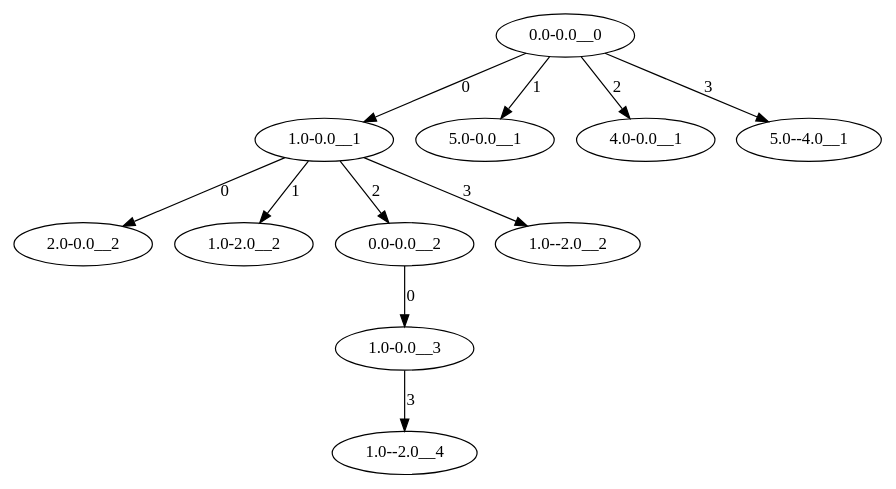
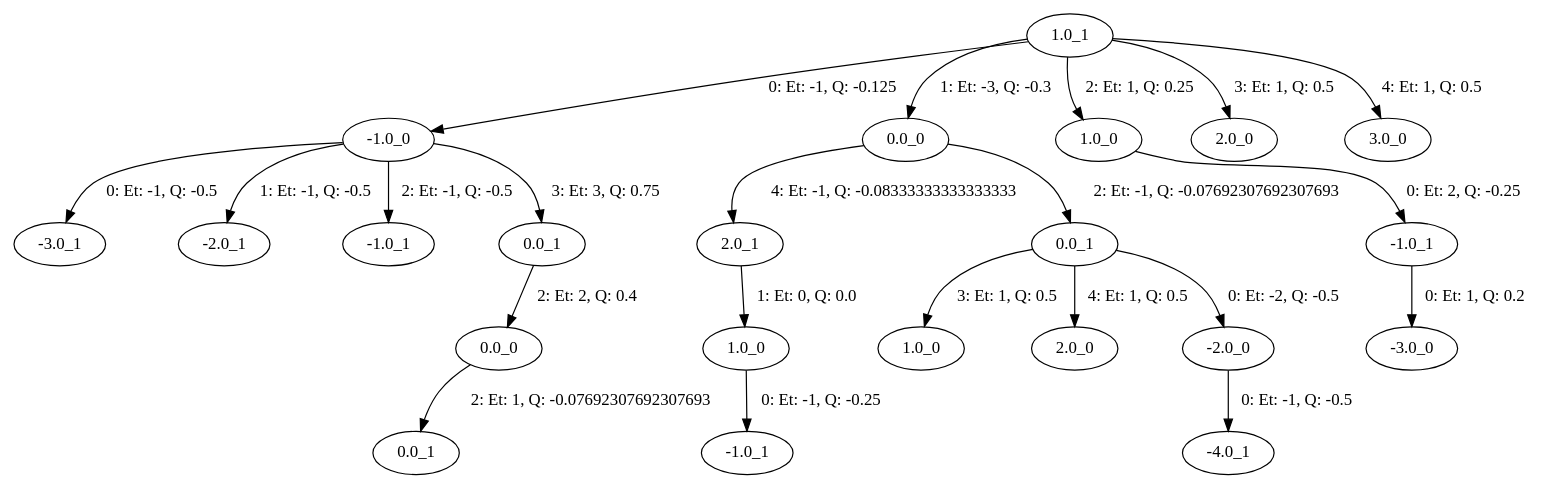
The diagram in images/search_tree.gv (Haavasma/IT3105_Project_2), drawn with Graphviz before and after one commit. The commit also changed 163 other files, not shown here.

```diff
--- a/images/search_tree.gv
+++ b/images/search_tree.gv
@@ -1,12 +1,45 @@
 digraph search_tree {
-	"0.0-0.0__0" -> "1.0-0.0__1" [label=0]
-	"1.0-0.0__1" -> "2.0-0.0__2" [label=0]
-	"1.0-0.0__1" -> "1.0-2.0__2" [label=1]
-	"1.0-0.0__1" -> "0.0-0.0__2" [label=2]
-	"0.0-0.0__2" -> "1.0-0.0__3" [label=0]
-	"1.0-0.0__3" -> "1.0--2.0__4" [label=3]
-	"1.0-0.0__1" -> "1.0--2.0__2" [label=3]
-	"0.0-0.0__0" -> "5.0-0.0__1" [label=1]
-	"0.0-0.0__0" -> "4.0-0.0__1" [label=2]
-	"0.0-0.0__0" -> "5.0--4.0__1" [label=3]
+	"" [label="1.0_1"]
+	"" -> 0.2906144734209406 [label="0: Et: -1, Q: -0.125"]
+	0.2906144734209406 [label="-1.0_0"]
+	0.2906144734209406 -> 0.06935699200153711 [label="0: Et: -1, Q: -0.5"]
+	0.06935699200153711 [label="-3.0_1"]
+	0.2906144734209406 -> 0.5032140886446285 [label="1: Et: -1, Q: -0.5"]
+	0.5032140886446285 [label="-2.0_1"]
+	0.2906144734209406 -> 0.721865498696711 [label="2: Et: -1, Q: -0.5"]
+	0.721865498696711 [label="-1.0_1"]
+	0.2906144734209406 -> 0.8895508339439183 [label="3: Et: 3, Q: 0.75"]
+	0.8895508339439183 [label="0.0_1"]
+	0.8895508339439183 -> 0.1209775761979176 [label="2: Et: 2, Q: 0.4"]
+	0.1209775761979176 [label="0.0_0"]
+	0.1209775761979176 -> 0.5826093213570718 [label="2: Et: 1, Q: -0.07692307692307693"]
+	0.5826093213570718 [label="0.0_1"]
+	"" -> 0.7788855311957759 [label="1: Et: -3, Q: -0.3"]
+	0.7788855311957759 [label="0.0_0"]
+	0.7788855311957759 -> 0.6261939027609278 [label="4: Et: -1, Q: -0.08333333333333333"]
+	0.6261939027609278 [label="2.0_1"]
+	0.6261939027609278 -> 0.5340199978192559 [label="1: Et: 0, Q: 0.0"]
+	0.5340199978192559 [label="1.0_0"]
+	0.5340199978192559 -> 0.8696932612587315 [label="0: Et: -1, Q: -0.25"]
+	0.8696932612587315 [label="-1.0_1"]
+	0.7788855311957759 -> 0.8167393737675578 [label="2: Et: -1, Q: -0.07692307692307693"]
+	0.8167393737675578 [label="0.0_1"]
+	0.8167393737675578 -> 0.8805669754575887 [label="3: Et: 1, Q: 0.5"]
+	0.8805669754575887 [label="1.0_0"]
+	0.8167393737675578 -> 0.8144033158584938 [label="4: Et: 1, Q: 0.5"]
+	0.8144033158584938 [label="2.0_0"]
+	0.8167393737675578 -> 0.8091372169938814 [label="0: Et: -2, Q: -0.5"]
+	0.8091372169938814 [label="-2.0_0"]
+	0.8091372169938814 -> 0.8959711907936626 [label="0: Et: -1, Q: -0.5"]
+	0.8959711907936626 [label="-4.0_1"]
+	"" -> 0.8319486143502564 [label="2: Et: 1, Q: 0.25"]
+	0.8319486143502564 [label="1.0_0"]
+	0.8319486143502564 -> 0.7575245451735967 [label="0: Et: 2, Q: -0.25"]
+	0.7575245451735967 [label="-1.0_1"]
+	0.7575245451735967 -> 0.29735417486206184 [label="0: Et: 1, Q: 0.2"]
+	0.29735417486206184 [label="-3.0_0"]
+	"" -> 0.2969285560250837 [label="3: Et: 1, Q: 0.5"]
+	0.2969285560250837 [label="2.0_0"]
+	"" -> 0.19710863401463408 [label="4: Et: 1, Q: 0.5"]
+	0.19710863401463408 [label="3.0_0"]
 }
```
